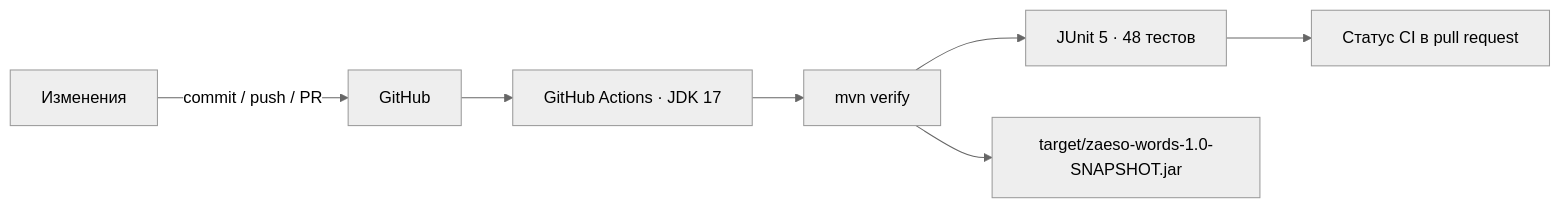
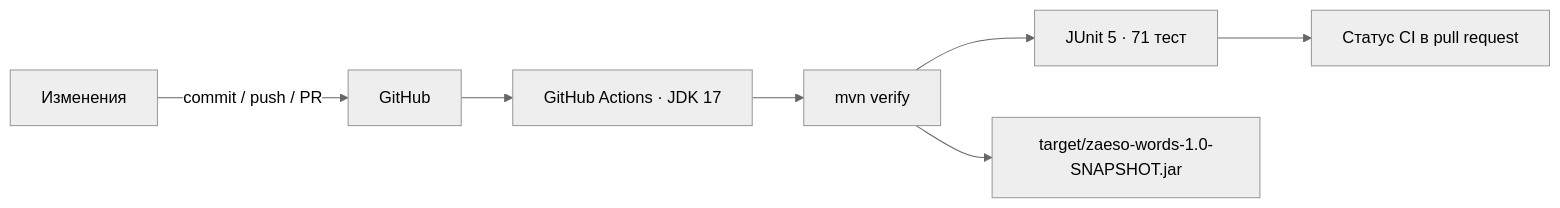
Before and after one commit to zaeso/zaeso-Words: the third of 4 diagrams in zaeso-Words-Roadmap.md, drawn with Mermaid (neutral theme). The commit also changed other lines of this file and 12 other files, not shown here.

````diff
--- a/zaeso-Words-Roadmap.md
+++ b/zaeso-Words-Roadmap.md
@@ -158,9 +170,9 @@
 ```mermaid
 flowchart LR
     DEV["Изменения"] -->|"commit / push / PR"| GH["GitHub"]
     GH --> CI["GitHub Actions · JDK 17"]
     CI --> MVN["mvn verify"]
-    MVN --> TESTS["JUnit 5 · 48 тестов"]
+    MVN --> TESTS["JUnit 5 · 71 тест"]
     MVN --> JAR["target/zaeso-words-1.0-SNAPSHOT.jar"]
     TESTS --> STATUS["Статус CI в pull request"]
 ```
````
